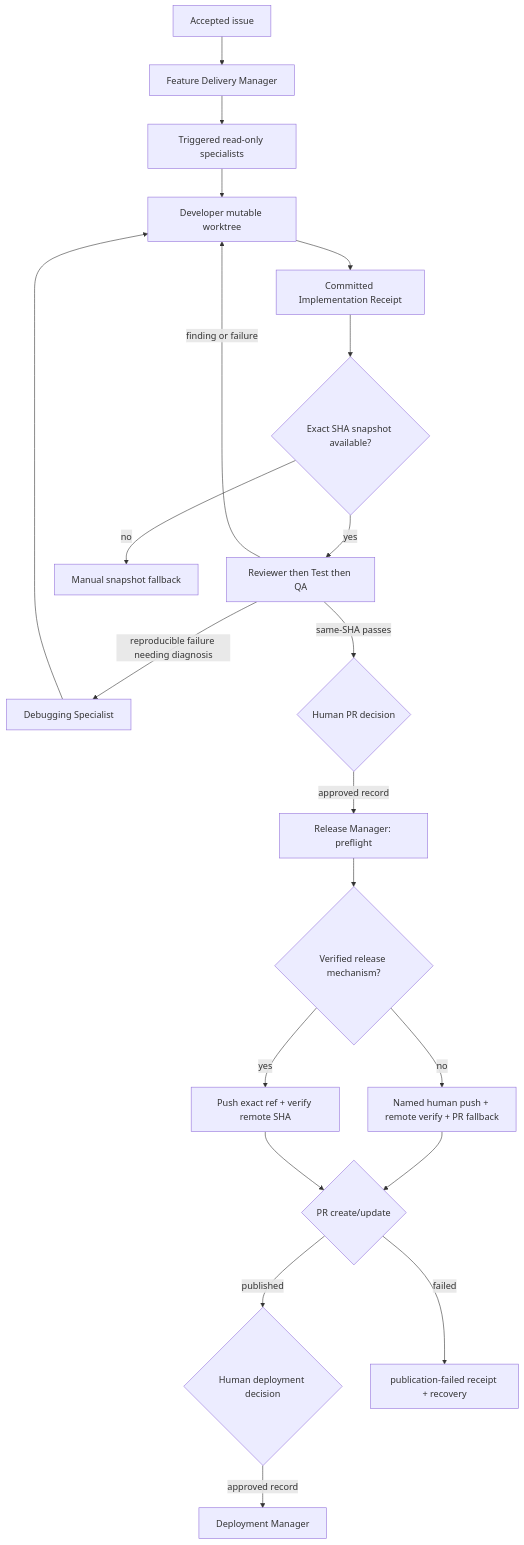
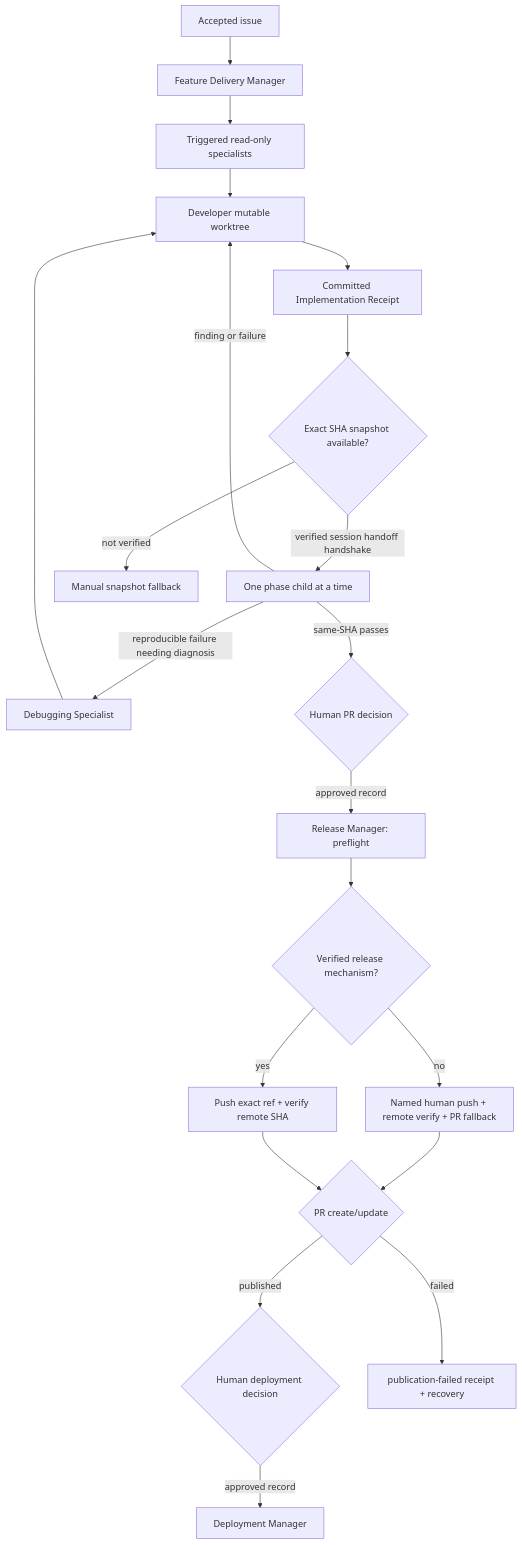
One commit to lfarci/loganfarci.com changed the diagram in docs/agents/feature-delivery-manager.md. Above: the diagram before and after it, drawn with Mermaid. The commit also changed other lines of this file and 7 other files, not shown here.

````diff
--- a/docs/agents/feature-delivery-manager.md
+++ b/docs/agents/feature-delivery-manager.md
@@ -218,23 +250,23 @@
 ```mermaid
 flowchart TD
     A[Accepted issue] --> M[Feature Delivery Manager]
     M --> S[Triggered read-only specialists]
     S --> D[Developer mutable worktree]
     D --> I[Committed Implementation Receipt]
     I --> V{Exact SHA snapshot available?}
-    V -->|yes| R[Reviewer then Test then QA]
-    V -->|no| F[Manual snapshot fallback]
+    V -->|verified session handoff handshake| R[One phase child at a time]
+    V -->|not verified| F[Manual snapshot fallback]
     R -->|reproducible failure needing diagnosis| B[Debugging Specialist]
     B --> D
     R -->|finding or failure| D
     R -->|same-SHA passes| P{Human PR decision}
     P -->|approved record| L[Release Manager: preflight]
     L --> U{Verified release mechanism?}
     U -->|no| H[Named human push + remote verify + PR fallback]
     U -->|yes| W[Push exact ref + verify remote SHA]
     H --> Z{Release receipt?}
     W --> Z{PR create/update}
     Z -->|published| Q{Human deployment decision}
     Z -->|failed| F2[publication-failed receipt + recovery]
     Q -->|approved record| X[Deployment Manager]
 ```
````
